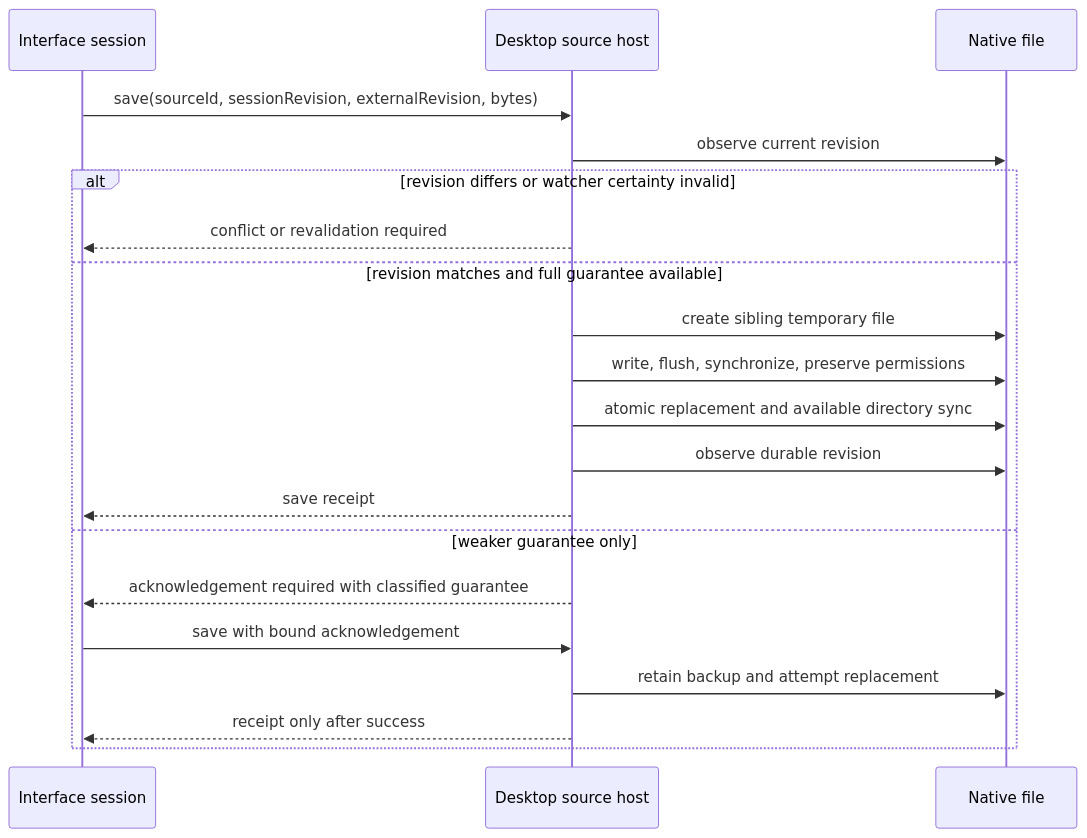
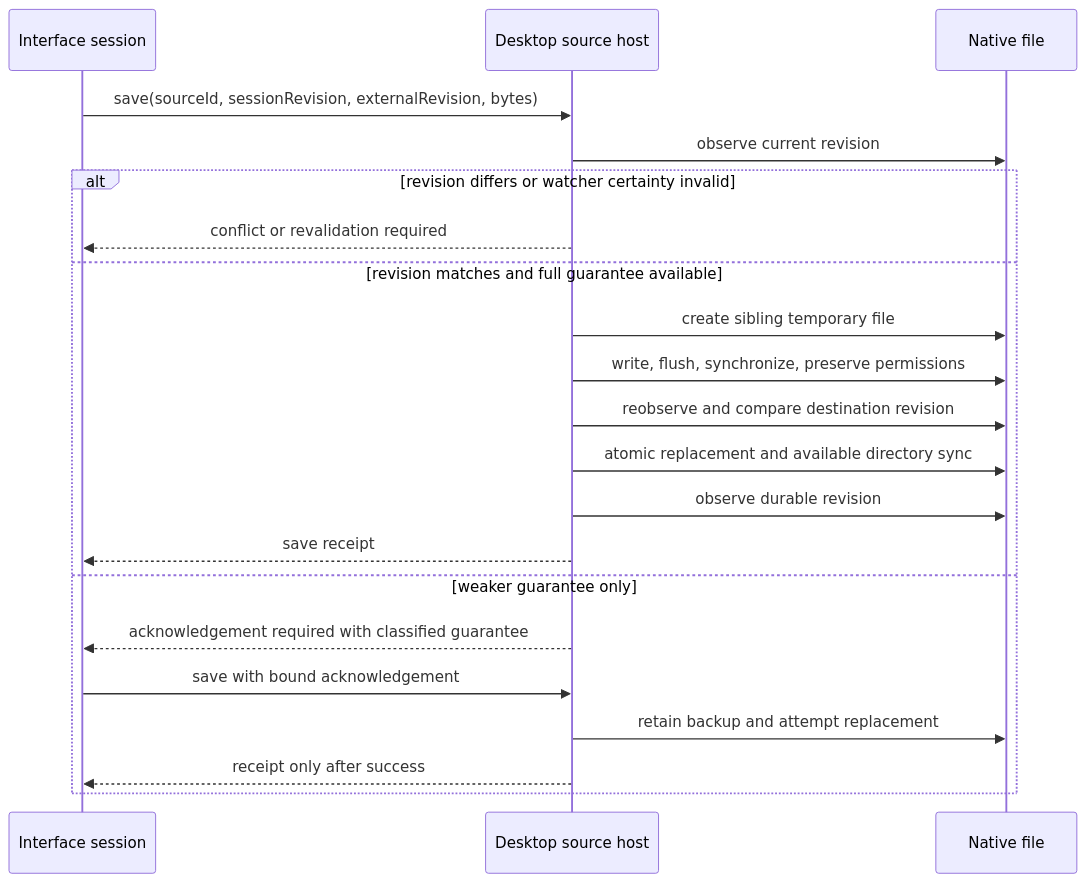
The diagram in specs/006-desktop-source-lifecycle/contracts/desktop-source-host.md (shruggietech/glitchpad), drawn with Mermaid before and after one commit. The commit also changed other lines of this file and 5 other files, not shown here.

````diff
--- a/specs/006-desktop-source-lifecycle/contracts/desktop-source-host.md
+++ b/specs/006-desktop-source-lifecycle/contracts/desktop-source-host.md
@@ -46,22 +48,23 @@
 ```mermaid
 sequenceDiagram
     participant I as Interface session
     participant H as Desktop source host
     participant F as Native file
     I->>H: save(sourceId, sessionRevision, externalRevision, bytes)
     H->>F: observe current revision
     alt revision differs or watcher certainty invalid
         H-->>I: conflict or revalidation required
     else revision matches and full guarantee available
         H->>F: create sibling temporary file
         H->>F: write, flush, synchronize, preserve permissions
+        H->>F: reobserve and compare destination revision
         H->>F: atomic replacement and available directory sync
         H->>F: observe durable revision
         H-->>I: save receipt
     else weaker guarantee only
         H-->>I: acknowledgement required with classified guarantee
         I->>H: save with bound acknowledgement
         H->>F: retain backup and attempt replacement
         H-->>I: receipt only after success
     end
 ```
````
